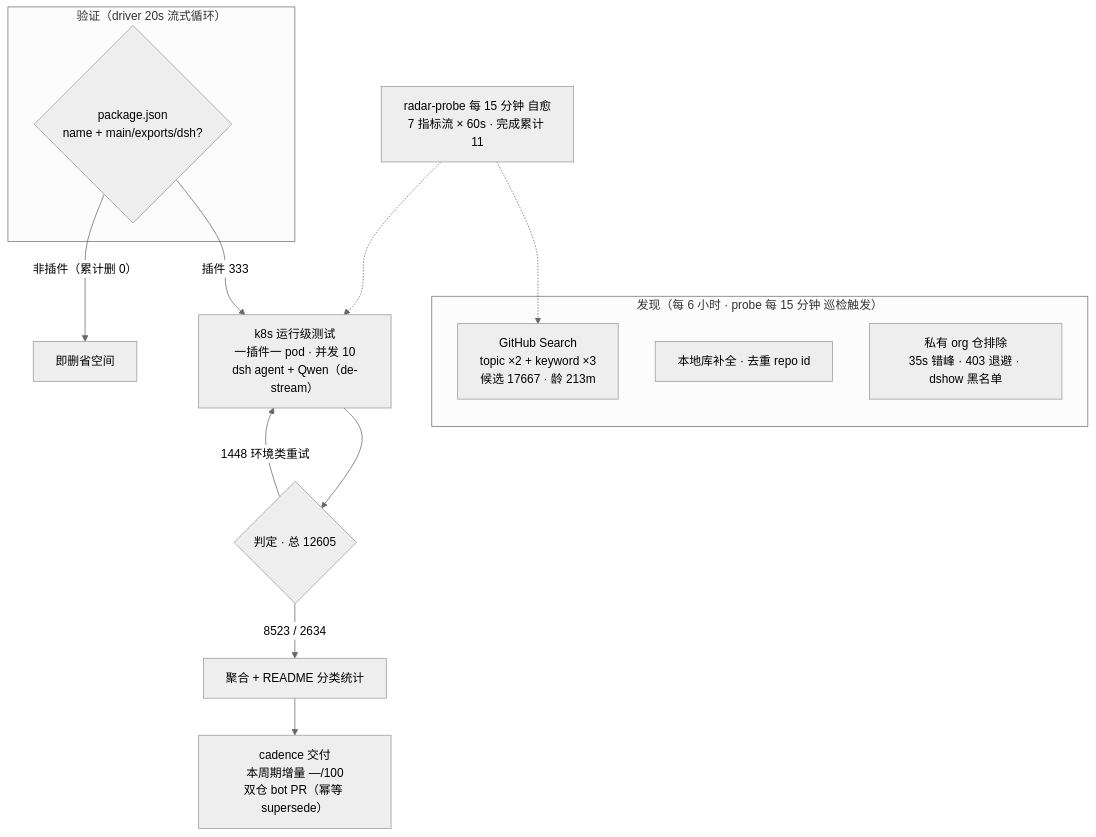
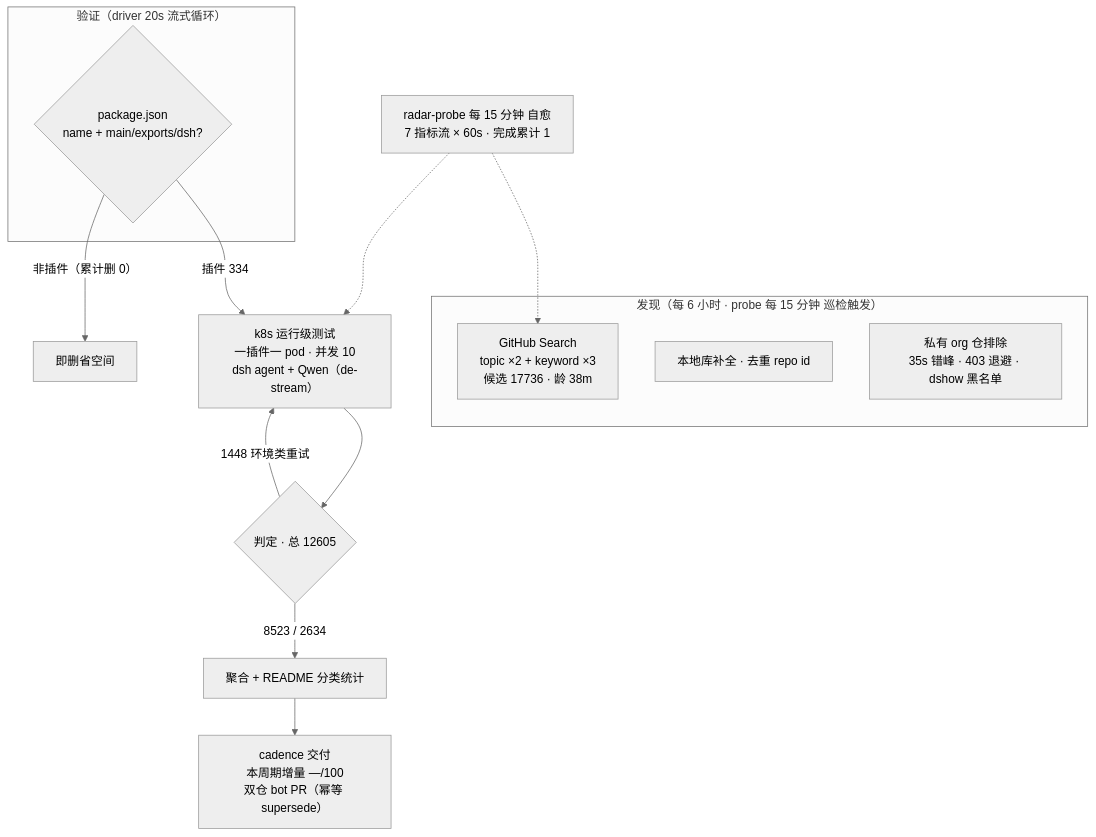
The diagram in README.md (AdamPlatin123/awesome-dsh-plugins), drawn with Mermaid (neutral theme) before and after one commit. The commit also changed other lines of this file and 5 other files, not shown here.

````diff
--- a/README.md
+++ b/README.md
@@ -52,20 +52,20 @@
 ```mermaid
 flowchart TB
     subgraph Discovery["发现（每 6 小时 · probe 每 15 分钟 巡检触发）"]
-        A1["GitHub Search<br/>topic ×2 + keyword ×3<br/>候选 17667 · 龄 213m"]
+        A1["GitHub Search<br/>topic ×2 + keyword ×3<br/>候选 17736 · 龄 38m"]
         A2["本地库补全 · 去重 repo id"]
         A3["私有 org 仓排除<br/>35s 错峰 · 403 退避 · dshow 黑名单"]
     end
     subgraph Validation["验证（driver 20s 流式循环）"]
         B1{"package.json<br/>name + main/exports/dsh?"}
     end
-    B1 -->|"插件 333"| C1["k8s 运行级测试<br/>一插件一 pod · 并发 10<br/>dsh agent + Qwen（de-stream）"]
+    B1 -->|"插件 334"| C1["k8s 运行级测试<br/>一插件一 pod · 并发 10<br/>dsh agent + Qwen（de-stream）"]
     B1 -->|"非插件（累计删 0）"| B3["即删省空间"]
     C1 --> D1{"判定 · 总 12605"}
     D1 -->|"8523 / 2634"| E1["聚合 + README 分类统计"]
     D1 -->|"1448 环境类重试"| C1
     E1 --> E2["cadence 交付<br/>本周期增量 —/100<br/>双仓 bot PR（幂等 supersede）"]
-    M["radar-probe 每 15 分钟 自愈<br/>7 指标流 × 60s · 完成累计 11"]
+    M["radar-probe 每 15 分钟 自愈<br/>7 指标流 × 60s · 完成累计 1"]
     M -.-> A1
     M -.-> C1
 ```
````
